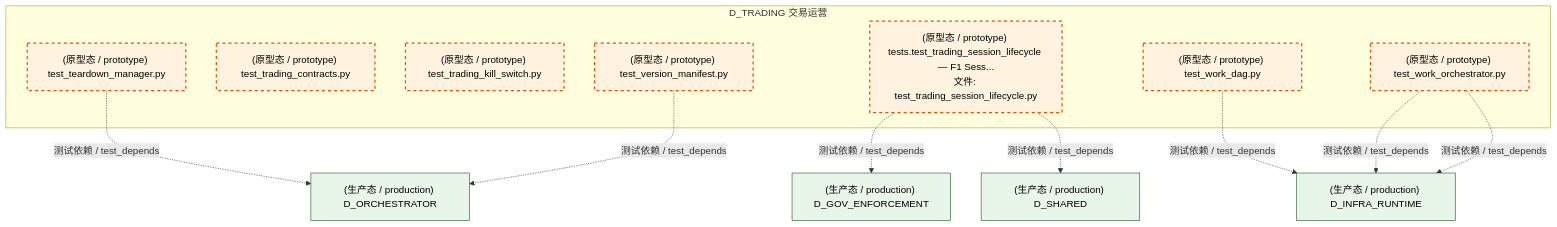
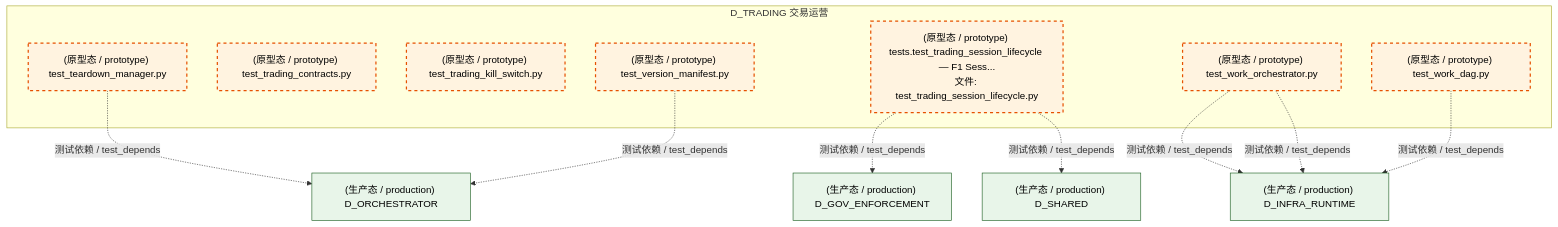
The fourth of 7 diagrams in docs/02_enterprise_architecture/02_domain_architecture_docs/58_d_trading.md (xuanFelixVan/ZephyrAlpha), drawn with Mermaid before and after one commit. The commit also changed other lines of this file and 123 other files, not shown here.

````diff
--- a/docs/02_enterprise_architecture/02_domain_architecture_docs/58_d_trading.md
+++ b/docs/02_enterprise_architecture/02_domain_architecture_docs/58_d_trading.md
@@ -423,29 +424,29 @@
 ```mermaid
 graph TD
     subgraph D_TRADING["D_TRADING 交易运营"]
         tests_trading_test_teardown_manager_py["(原型态 / prototype) test_teardown_manager.py"]
         tests_trading_test_trading_contracts_py["(原型态 / prototype) test_trading_contracts.py"]
         tests_trading_test_trading_kill_switch_py["(原型态 / prototype) test_trading_kill_switch.py"]
         tests_trading_test_trading_session_lifecycle_py["(原型态 / prototype) tests.test_trading_session_lifecycle — F1 Sess...<br/>文件: test_trading_session_lifecycle.py"]
         tests_trading_test_version_manifest_py["(原型态 / prototype) test_version_manifest.py"]
         tests_trading_test_work_dag_py["(原型态 / prototype) test_work_dag.py"]
         tests_trading_test_work_orchestrator_py["(原型态 / prototype) test_work_orchestrator.py"]
     end
     D_ORCHESTRATOR["(生产态 / production) D_ORCHESTRATOR"]
     tests_trading_test_teardown_manager_py -.->|测试依赖 / test_depends| D_ORCHESTRATOR
     D_GOV_ENFORCEMENT["(生产态 / production) D_GOV_ENFORCEMENT"]
     tests_trading_test_trading_session_lifecycle_py -.->|测试依赖 / test_depends| D_GOV_ENFORCEMENT
     D_SHARED["(生产态 / production) D_SHARED"]
     tests_trading_test_trading_session_lifecycle_py -.->|测试依赖 / test_depends| D_SHARED
-    tests_trading_test_version_manifest_py -.->|测试依赖 / test_depends| D_ORCHESTRATOR
     D_INFRA_RUNTIME["(生产态 / production) D_INFRA_RUNTIME"]
-    tests_trading_test_work_dag_py -.->|测试依赖 / test_depends| D_INFRA_RUNTIME
     tests_trading_test_work_orchestrator_py -.->|测试依赖 / test_depends| D_INFRA_RUNTIME
     tests_trading_test_work_orchestrator_py -.->|测试依赖 / test_depends| D_INFRA_RUNTIME
+    tests_trading_test_work_dag_py -.->|测试依赖 / test_depends| D_INFRA_RUNTIME
+    tests_trading_test_version_manifest_py -.->|测试依赖 / test_depends| D_ORCHESTRATOR
     classDef production fill:#e1f5fe,stroke:#01579b,stroke-width:2px,color:#000
     classDef design fill:#fff3e0,stroke:#e65100,stroke-width:2px,color:#000,stroke-dasharray: 5 5
     classDef external_prod fill:#e8f5e9,stroke:#1b5e20,stroke-width:1px,color:#000
     classDef external_design fill:#fce4ec,stroke:#880e4f,stroke-width:1px,color:#000,stroke-dasharray: 5 5
     class tests_trading_test_teardown_manager_py,tests_trading_test_trading_contracts_py,tests_trading_test_trading_kill_switch_py,tests_trading_test_trading_session_lifecycle_py,tests_trading_test_version_manifest_py,tests_trading_test_work_dag_py,tests_trading_test_work_orchestrator_py design
     class D_ORCHESTRATOR,D_GOV_ENFORCEMENT,D_SHARED,D_INFRA_RUNTIME external_prod
 ```
````
